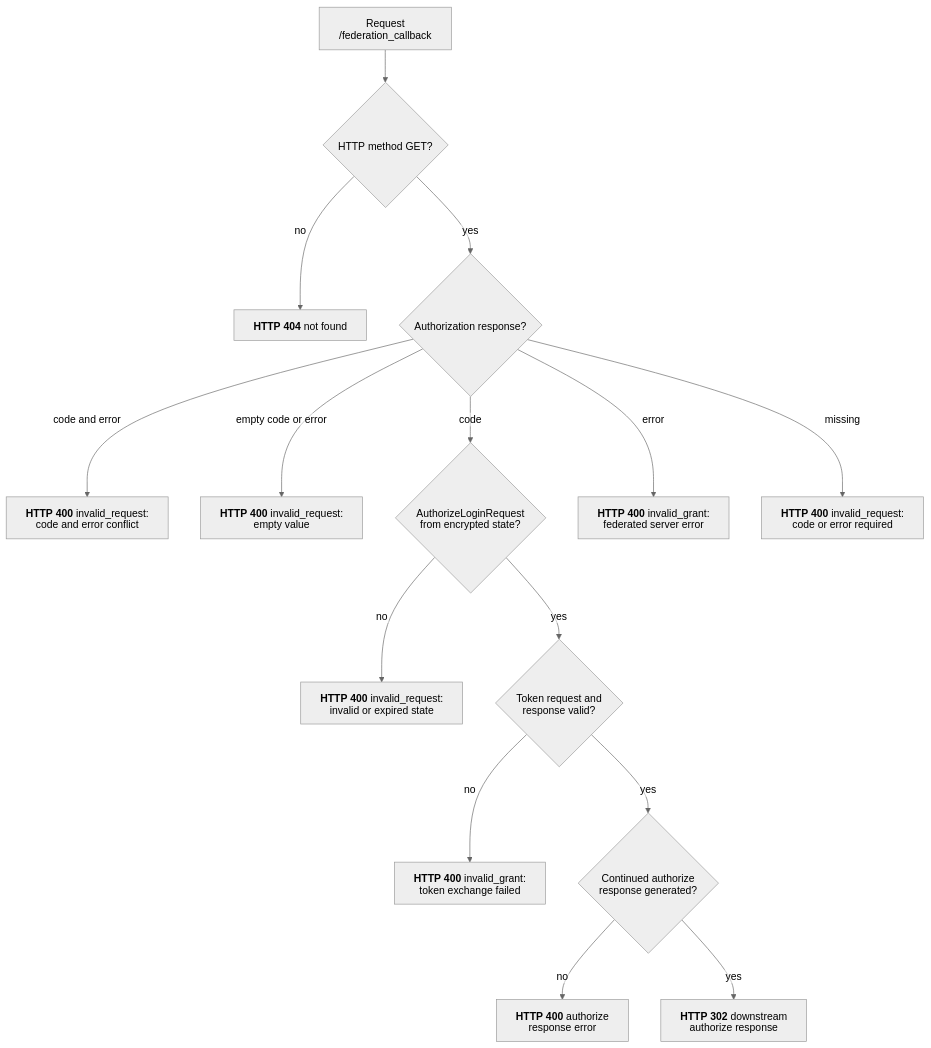
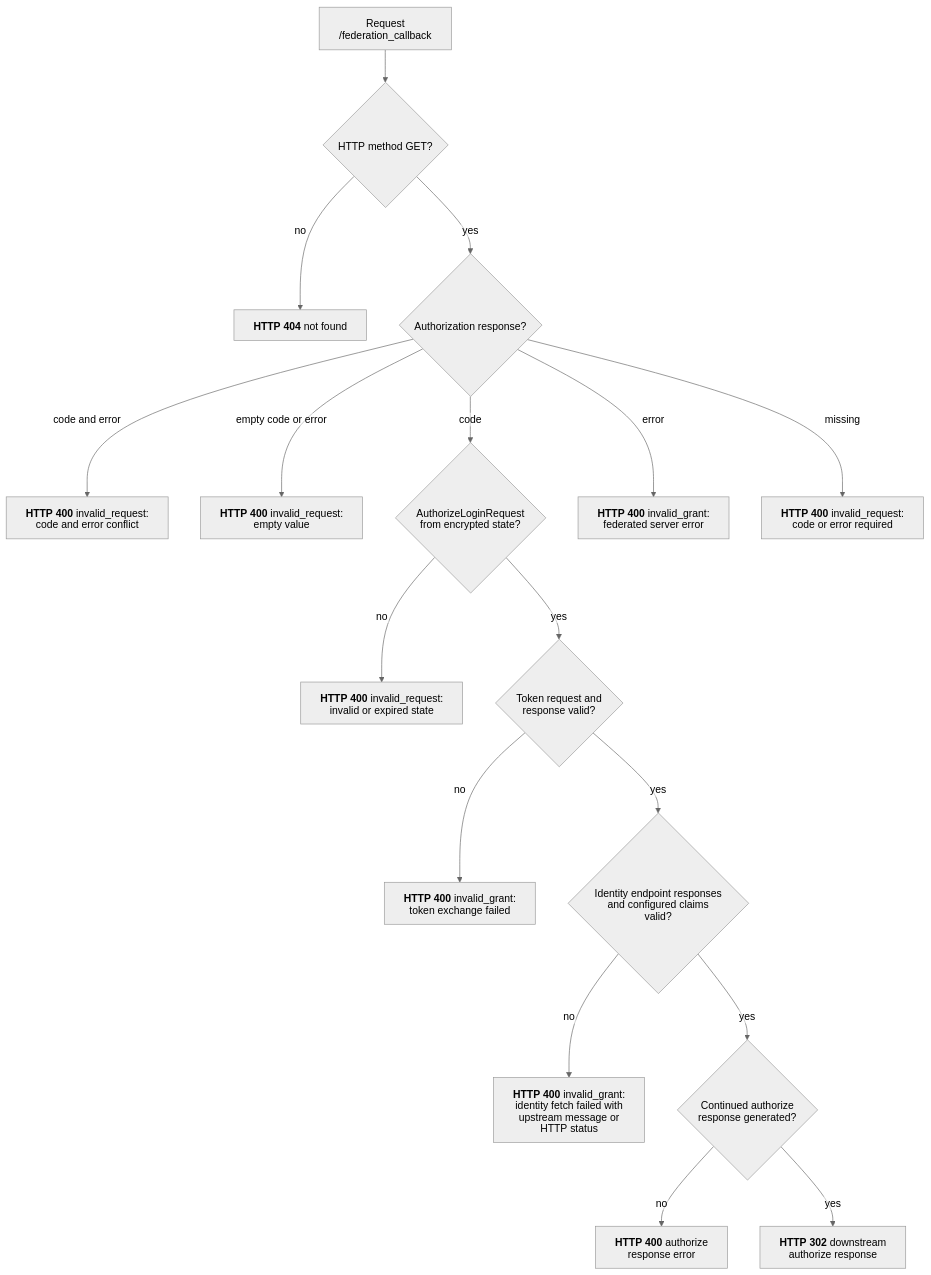
The diagram in docs/flows/oauth/federation_callback.mmd (malach-it/kagome), drawn with Mermaid (neutral theme) before and after one commit. The commit also changed 12 other files, not shown here.

Commit message:
feat: fetch federated identity claims

```diff
--- a/docs/flows/oauth/federation_callback.mmd
+++ b/docs/flows/oauth/federation_callback.mmd
@@ -1,16 +1,18 @@
 %%{init: {"htmlLabels": false, "flowchart": {"htmlLabels": false}}}%%
 flowchart TD
     start[Request /federation_callback] --> method{HTTP method GET?}
     method -- no --> not_found["`**HTTP 404** not found`"]
     method -- yes --> response{Authorization response?}
     response -- code and error --> conflicting["`**HTTP 400** invalid_request: code and error conflict`"]
     response -- empty code or error --> empty["`**HTTP 400** invalid_request: empty value`"]
     response -- code --> state{AuthorizeLoginRequest from encrypted state?}
     state -- no --> invalid_state["`**HTTP 400** invalid_request: invalid or expired state`"]
     state -- yes --> token{Token request and response valid?}
     token -- no --> token_error["`**HTTP 400** invalid_grant: token exchange failed`"]
-    token -- yes --> authorize{Continued authorize response generated?}
+    token -- yes --> identity{Identity endpoint responses and configured claims valid?}
+    identity -- no --> identity_error["`**HTTP 400** invalid_grant: identity fetch failed with upstream message or HTTP status`"]
+    identity -- yes --> authorize{Continued authorize response generated?}
     authorize -- no --> authorize_error["`**HTTP 400** authorize response error`"]
     authorize -- yes --> accepted["`**HTTP 302** downstream authorize response`"]
     response -- error --> upstream_error["`**HTTP 400** invalid_grant: federated server error`"]
     response -- missing --> missing["`**HTTP 400** invalid_request: code or error required`"]
```
